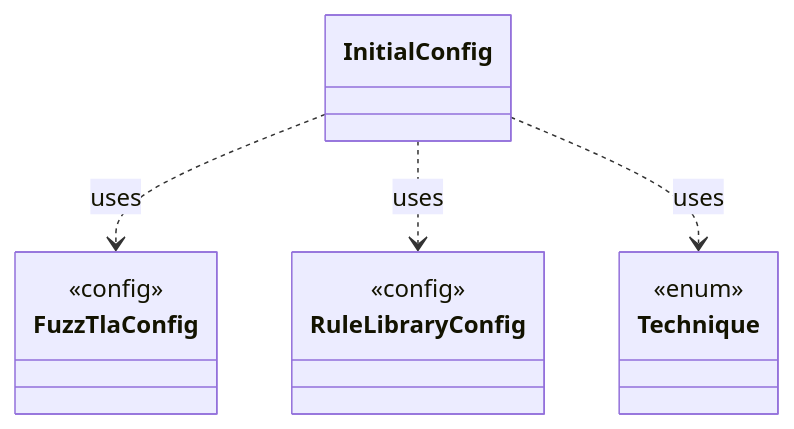
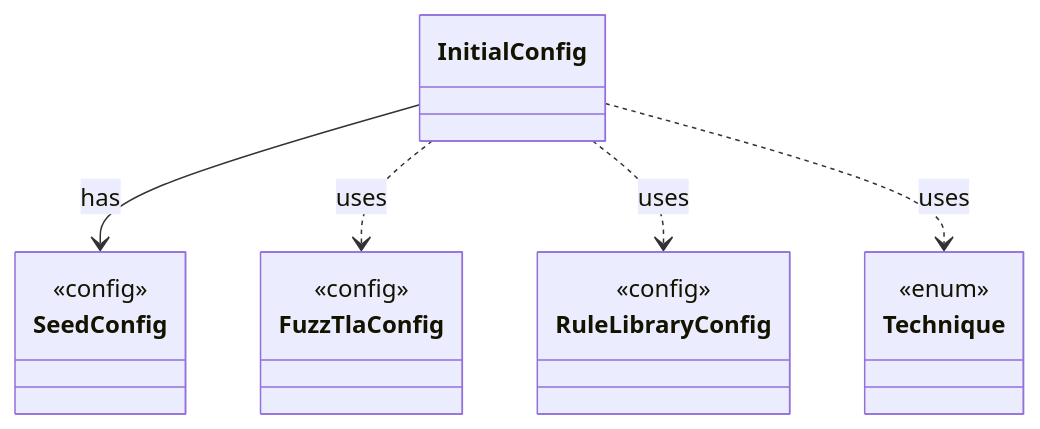
Before and after one commit to tlaplus/model-checker-hardening: the diagram in dev/types/io.github.tlaplus.hardening.cli.InitialConfig.md, drawn with Mermaid. The commit also changed other lines of this file and 402 other files, not shown here.

````diff
--- a/dev/types/io.github.tlaplus.hardening.cli.InitialConfig.md
+++ b/dev/types/io.github.tlaplus.hardening.cli.InitialConfig.md
@@ -9,16 +9,20 @@
 ```mermaid
 classDiagram
   class InitialConfig
+  class SeedConfig {
+    <<config>>
+  }
   class FuzzTlaConfig {
     <<config>>
   }
   class RuleLibraryConfig {
     <<config>>
   }
   class Technique {
     <<enum>>
   }
+  InitialConfig --> SeedConfig : has
   InitialConfig ..> FuzzTlaConfig : uses
   InitialConfig ..> RuleLibraryConfig : uses
   InitialConfig ..> Technique : uses
 ```
````
